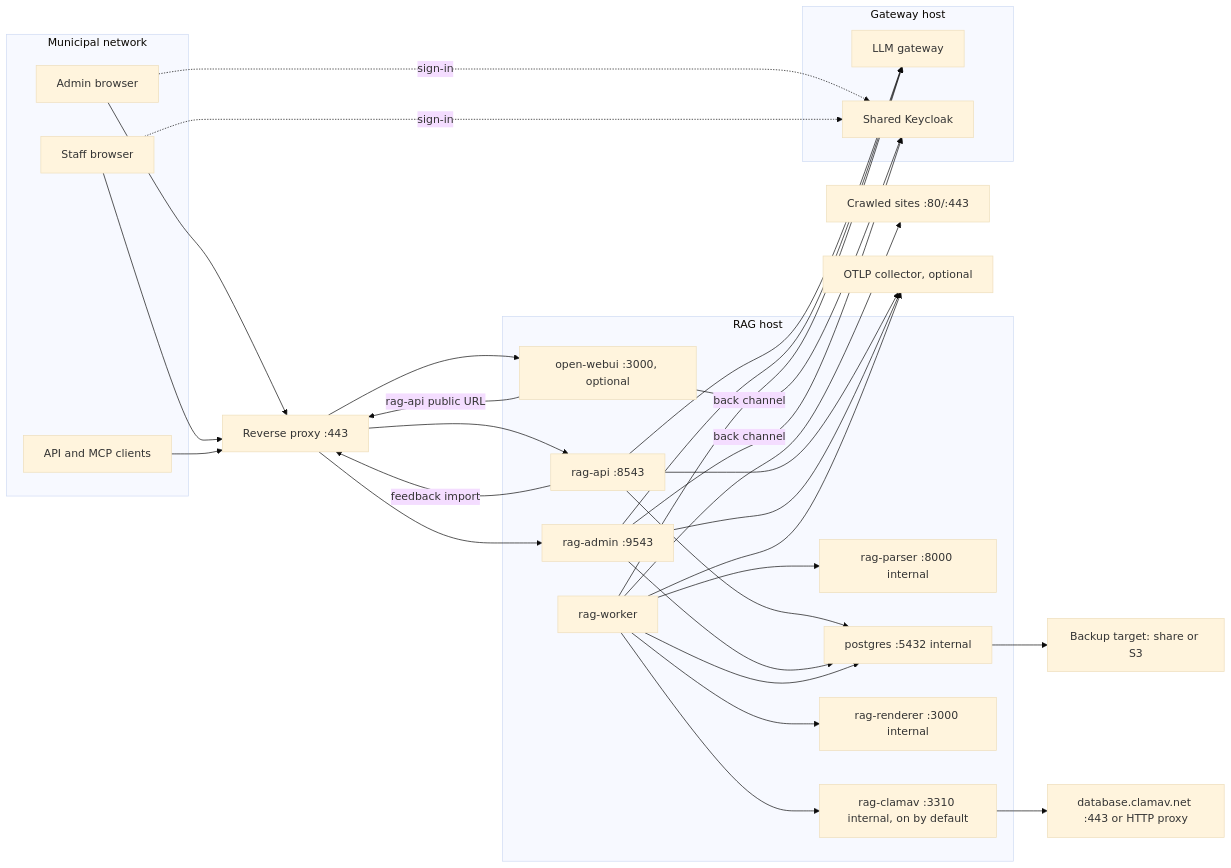
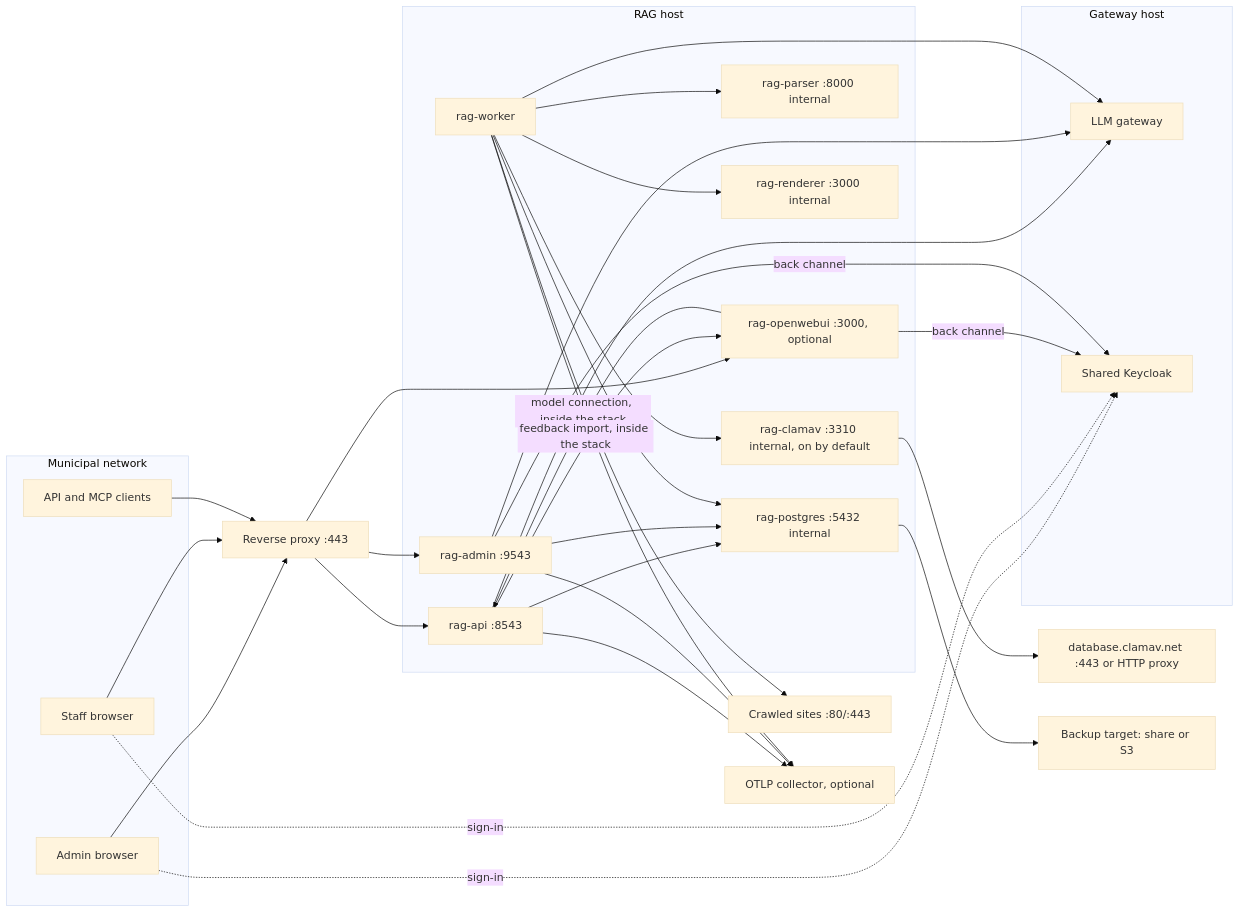
The diagram in docs/network-and-ports.md (thekim1/kalla), drawn with Mermaid (base theme) before and after one commit. The commit also changed other lines of this file and 10 other files, not shown here.

````diff
--- a/docs/network-and-ports.md
+++ b/docs/network-and-ports.md
@@ -34,55 +34,55 @@
 ```mermaid
 flowchart LR
   subgraph clients[Municipal network]
     admin[Admin browser]
     user[Staff browser]
     integ[API and MCP clients]
   end
   proxy[Reverse proxy :443]
   subgraph rag[RAG host]
     api[rag-api :8543]
     adm[rag-admin :9543]
-    owui[open-webui :3000, optional]
+    owui[rag-openwebui :3000, optional]
     worker[rag-worker]
     parser[rag-parser :8000 internal]
     clam[rag-clamav :3310 internal, on by default]
     render[rag-renderer :3000 internal]
-    pg[postgres :5432 internal]
+    pg[rag-postgres :5432 internal]
   end
   subgraph gwhost[Gateway host]
     gw[LLM gateway]
     kc[Shared Keycloak]
   end
   sites[Crawled sites :80/:443]
   cvd[database.clamav.net :443 or HTTP proxy]
   bak[Backup target: share or S3]
   otel[OTLP collector, optional]
 
   admin --> proxy
   user --> proxy
   integ --> proxy
   admin -. sign-in .-> kc
   user -. sign-in .-> kc
   proxy --> api
   proxy --> adm
   proxy --> owui
-  owui -- rag-api public URL --> proxy
-  api -- feedback import --> proxy
+  owui -- model connection, inside the stack --> api
+  api -- feedback import, inside the stack --> owui
   owui -- back channel --> kc
   adm -- back channel --> kc
   api --> gw
   adm --> gw
   worker --> gw
   worker --> sites
   worker --> parser
   worker --> clam
   worker --> render
   api --> pg
   adm --> pg
   worker --> pg
   clam --> cvd
   pg --> bak
   api --> otel
   adm --> otel
   worker --> otel
 ```
````
